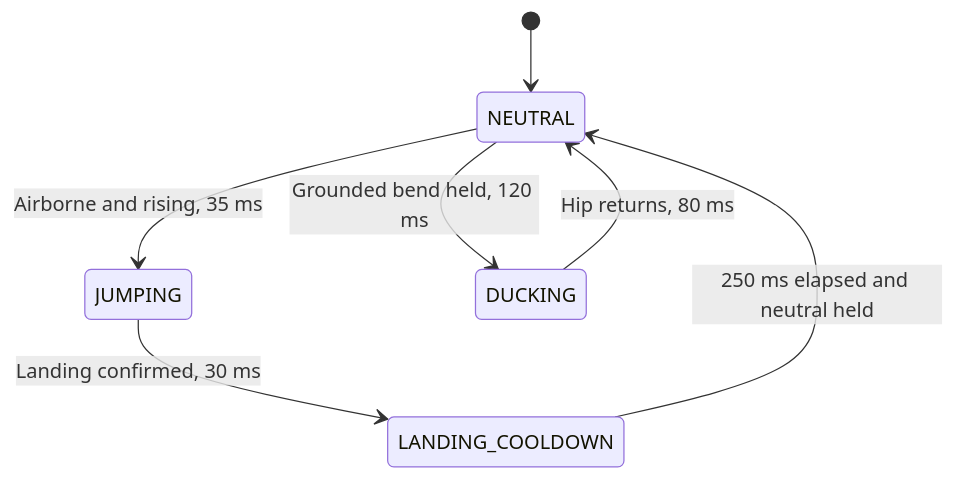
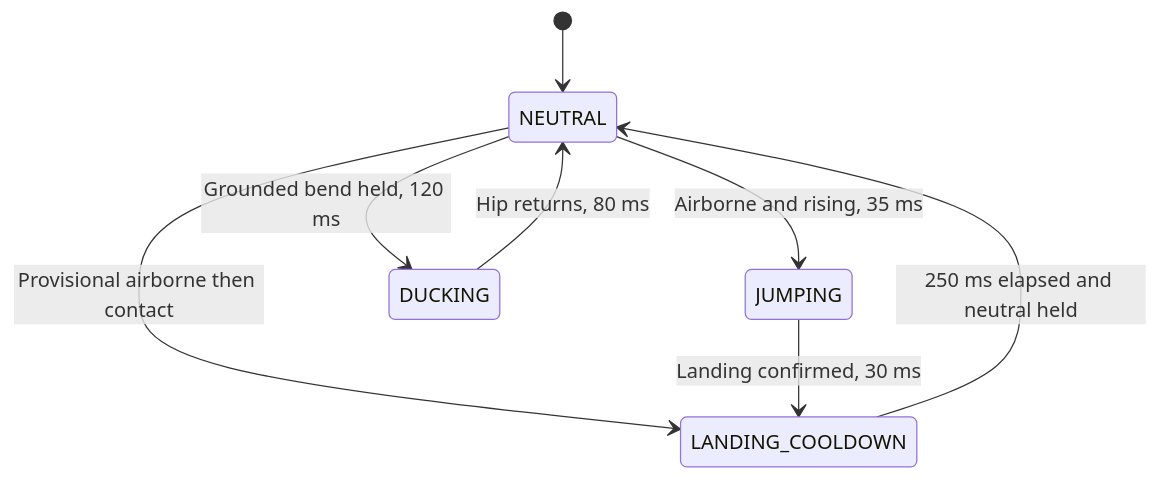
The diagram in README.md (satishkumar123123/cv-controlled), drawn with Mermaid before and after one commit. The commit also changed other lines of this file and 9 other files, not shown here.

````diff
--- a/README.md
+++ b/README.md
@@ -129,9 +148,10 @@
 ```mermaid
 stateDiagram-v2
     [*] --> NEUTRAL
     NEUTRAL --> JUMPING: Airborne and rising, 35 ms
+    NEUTRAL --> LANDING_COOLDOWN: Provisional airborne then contact
     JUMPING --> LANDING_COOLDOWN: Landing confirmed, 30 ms
     LANDING_COOLDOWN --> NEUTRAL: 250 ms elapsed and neutral held
     NEUTRAL --> DUCKING: Grounded bend held, 120 ms
     DUCKING --> NEUTRAL: Hip returns, 80 ms
 ```
````
